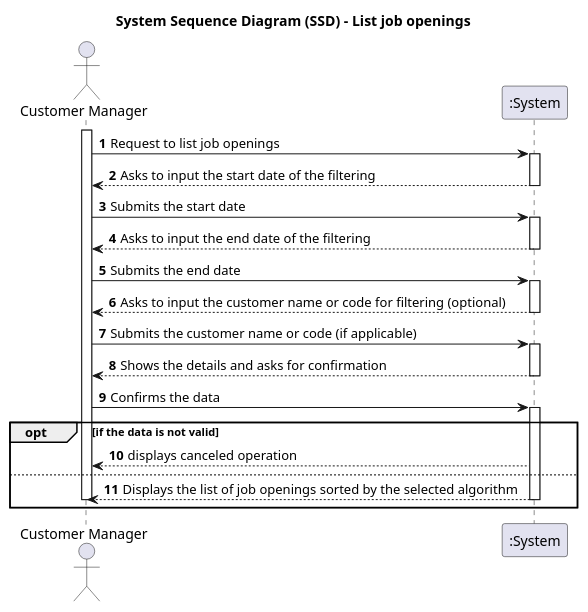
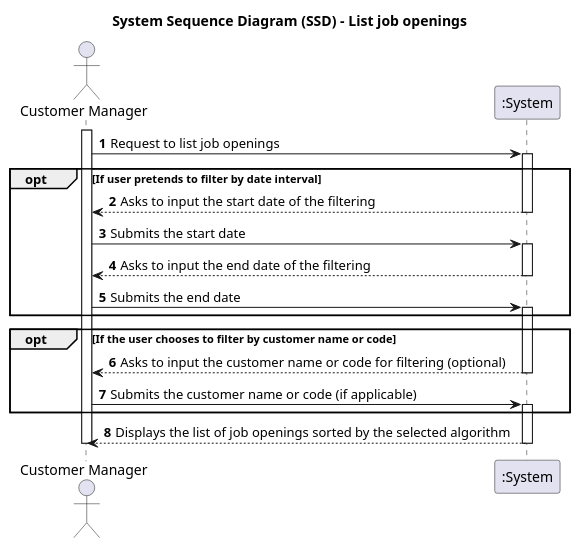
Before and after one commit to marcoferreira37/Lapr4: the diagram in docs/sprintB/1003/01.requirements-engineering/puml/1003-system-sequence-diagram.puml, drawn with PlantUML. The commit also changed 5 other files, not shown here.

```diff
--- a/docs/sprintB/1003/01.requirements-engineering/puml/1003-system-sequence-diagram.puml
+++ b/docs/sprintB/1003/01.requirements-engineering/puml/1003-system-sequence-diagram.puml
@@ -1,61 +1,48 @@
 @startuml
 'skinparam monochrome true
 'skinparam packageStyle rectangle
 'skinparam shadowing false
 
 title System Sequence Diagram (SSD) - List job openings
 
 autonumber
 
 actor "Customer Manager" as Agent
 participant ":System" as System
 
 activate Agent
 
 Agent -> System : Request to list job openings
 
+opt If user pretends to filter by date interval
 activate System
 
     System --> Agent : Asks to input the start date of the filtering
 deactivate System
 
 Agent -> System : Submits the start date
-
 activate System
 
 System --> Agent: Asks to input the end date of the filtering
 deactivate System
 
 Agent -> System : Submits the end date
 
 activate System
-
+end
+opt If the user chooses to filter by customer name or code
 System --> Agent : Asks to input the customer name or code for filtering (optional)
 deactivate System
 
 Agent -> System : Submits the customer name or code (if applicable)
 
 activate System
+end
 
-    System --> Agent : Shows the details and asks for confirmation
-deactivate System
-
-Agent -> System : Confirms the data
-
-activate System
-
-opt if the data is not valid
-
-System --> Agent : displays canceled operation
-
-
-else
-
-    System --> Agent : Displays the list of job openings sorted by the selected algorithm
+ System --> Agent : Displays the list of job openings sorted by the selected algorithm
 
 deactivate System
 
 deactivate Agent
 
-end
 @enduml
```
